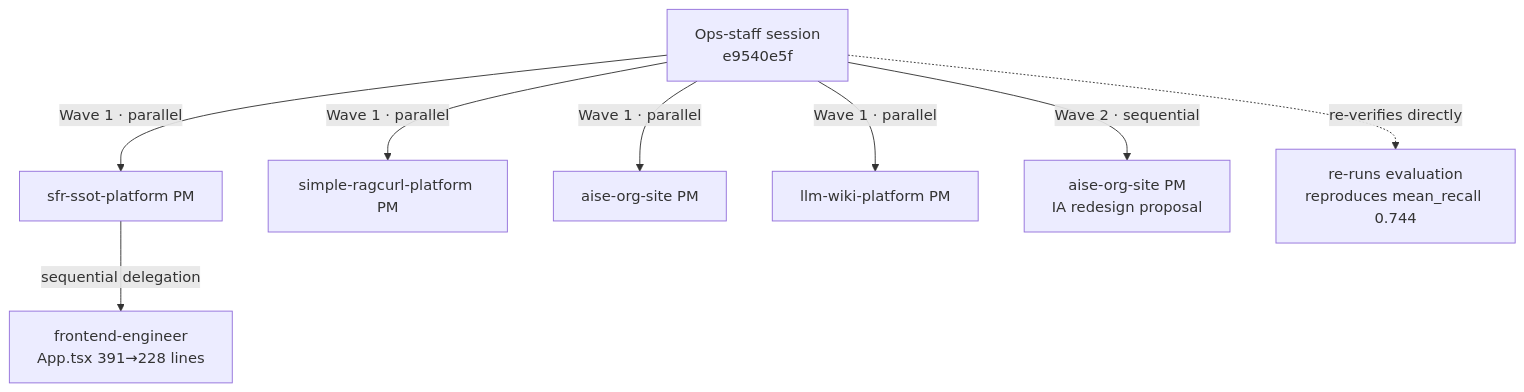
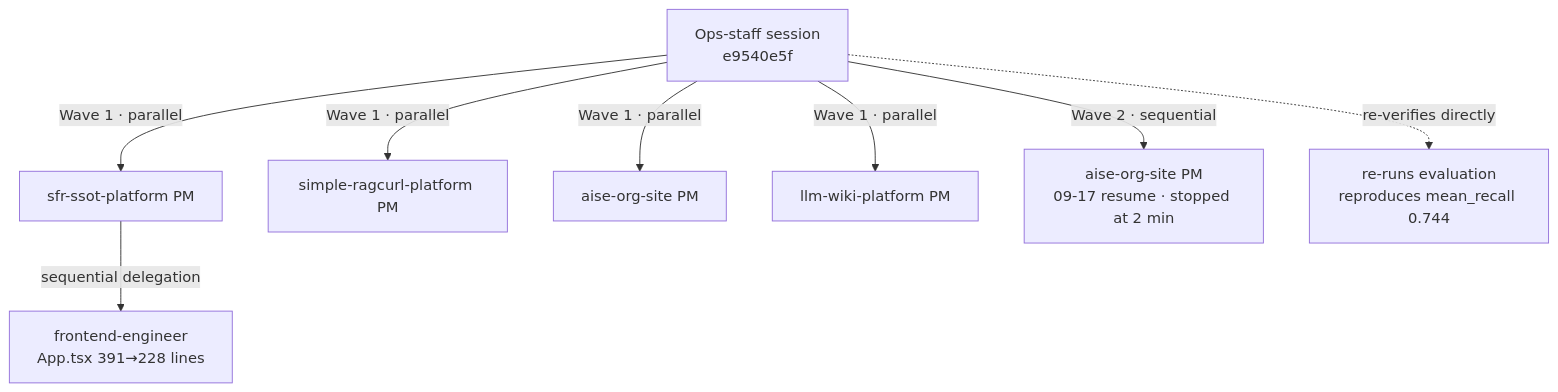
The second of 2 diagrams in docs/en/organization-model.md (Alex2006-KOR/aise-org-site), drawn with Mermaid before and after one commit. The commit also changed other lines of this file and 1 other file, not shown here.

Commit message:
14e: mark Wave 2 as the interrupted 09-17 run

````diff
--- a/docs/en/organization-model.md
+++ b/docs/en/organization-model.md
@@ -225,10 +225,10 @@
 ```mermaid
 flowchart TD
   OP["Ops-staff session<br/>e9540e5f"] -->|"Wave 1 · parallel"| S["sfr-ssot-platform PM"]
   OP -->|"Wave 1 · parallel"| R["simple-ragcurl-platform PM"]
   OP -->|"Wave 1 · parallel"| A["aise-org-site PM"]
   OP -->|"Wave 1 · parallel"| L["llm-wiki-platform PM"]
   S -->|"sequential delegation"| F["frontend-engineer<br/>App.tsx 391→228 lines"]
-  OP -->|"Wave 2 · sequential"| A2["aise-org-site PM<br/>IA redesign proposal"]
+  OP -->|"Wave 2 · sequential"| A2["aise-org-site PM<br/>09-17 resume · stopped at 2 min"]
   OP -.->|"re-verifies directly"| V["re-runs evaluation<br/>reproduces mean_recall 0.744"]
 ```
````
